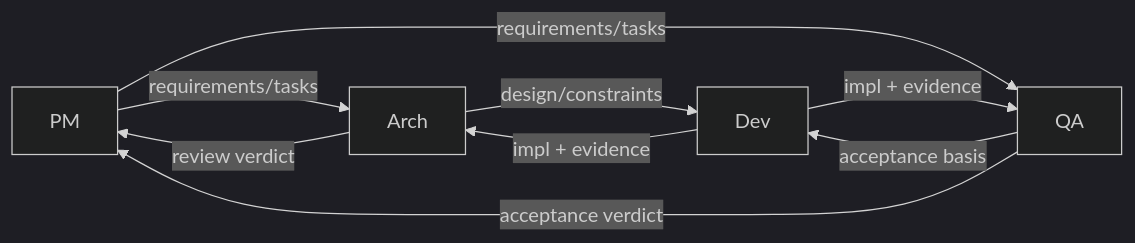
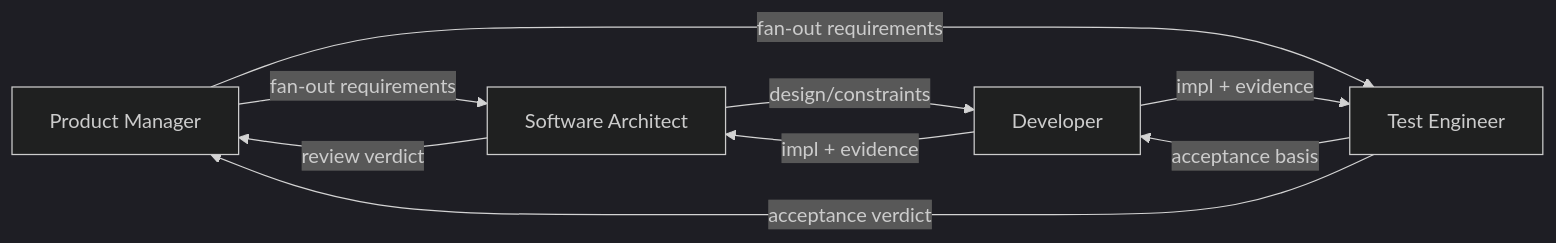
The second of 6 diagrams in README.en.md (icylight/pi-tavern), drawn with Mermaid (dark theme) before and after one commit. The commit also changed other lines of this file and 1 other file, not shown here.

Commit message:
docs(readme): 团队示例角色职位化——5 列表拆「角色（谁参与）/协作流程（谁做什么）」+ Mermaid 节点改具体职位（产品经理/事故负责人/SRE/安全架构师/分诊员等，中英一致，User 指示）

````diff
--- a/README.en.md
+++ b/README.en.md
@@ -123,9 +123,9 @@
 ```mermaid
 flowchart LR
-    PM["PM"] -->|"requirements/tasks"| AR["Arch"] & QA["QA"]
-    AR -->|"design/constraints"| DV["Dev"]
-    QA -->|"acceptance basis"| DV
-    DV -->|"impl + evidence"| AR & QA
+    PM["Product Manager"] -->|"fan-out requirements"| AR["Software Architect"] & TE["Test Engineer"]
+    AR -->|"design/constraints"| DV["Developer"]
+    TE -->|"acceptance basis"| DV
+    DV -->|"impl + evidence"| AR & TE
     AR -->|"review verdict"| PM
-    QA -->|"acceptance verdict"| PM
+    TE -->|"acceptance verdict"| PM
 ```
````
